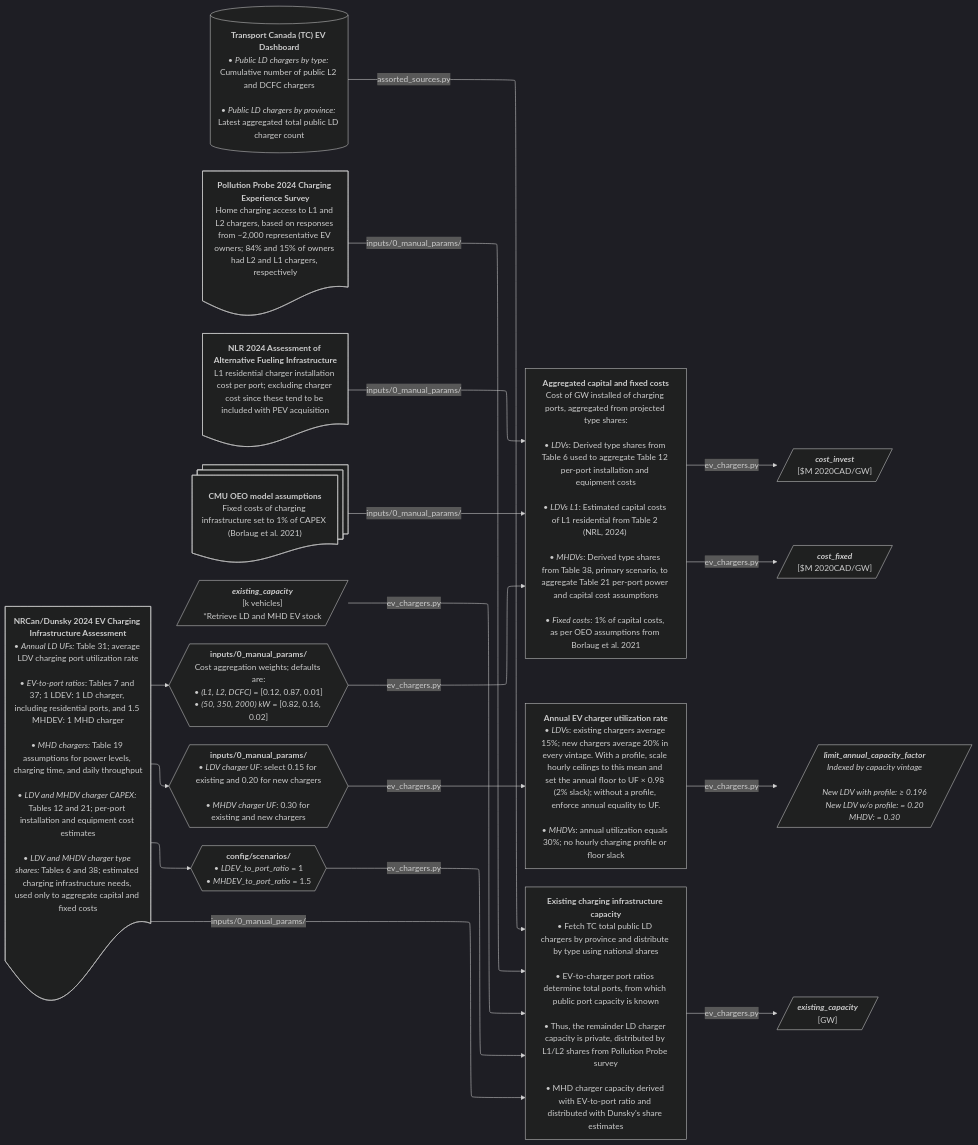
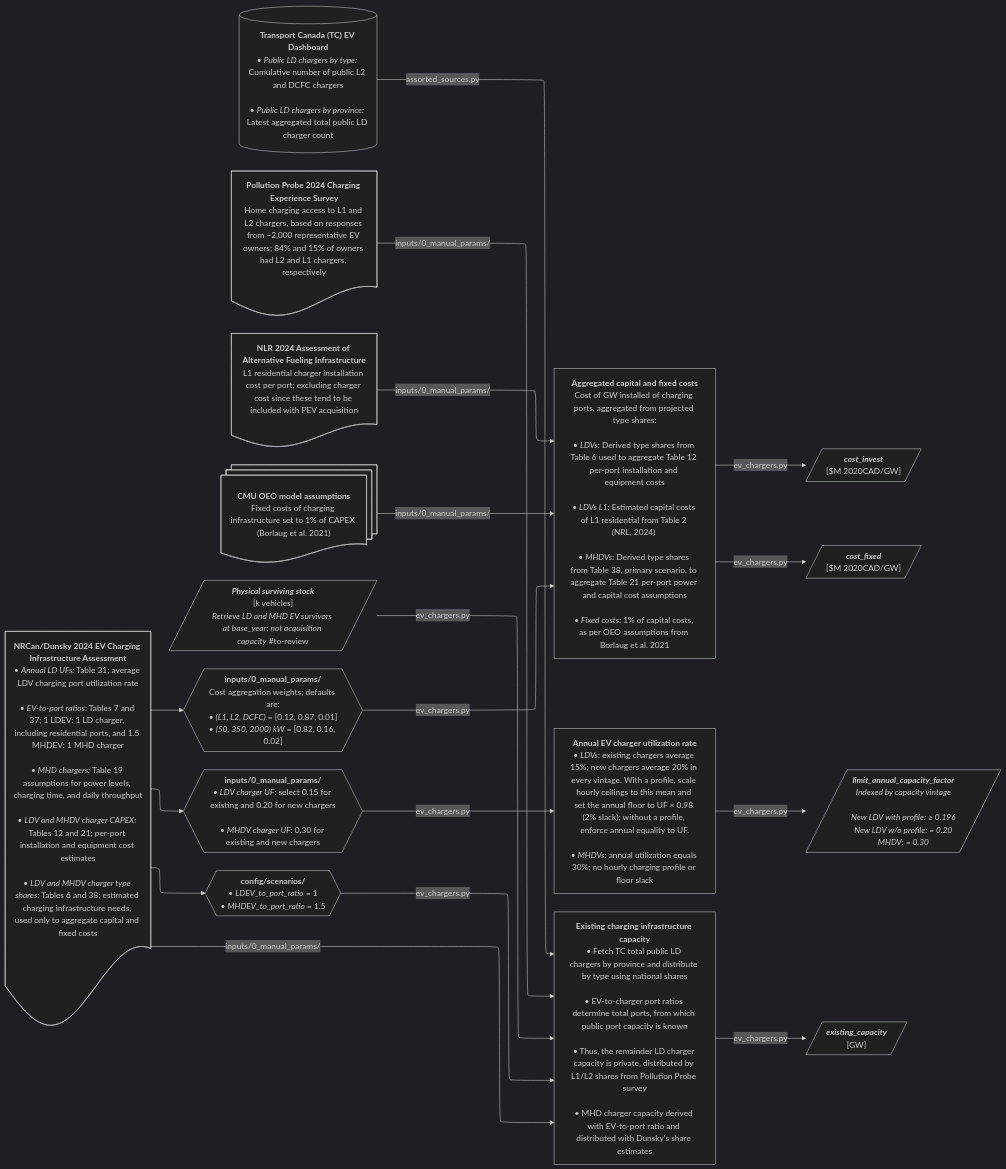
Before and after one commit to CANOE-main/canoe-transportation: the tenth of 12 diagrams in docs/etl_flowcharts.md, drawn with Mermaid (dark theme). The commit also changed other lines of this file and 198 other files, not shown here.

```diff
--- a/docs/etl_flowcharts.md
+++ b/docs/etl_flowcharts.md
@@ -893,9 +913,9 @@
     L1 residential charger installation cost per port; excluding charger cost since these tend to be included with PEV acquisition"}
   s5@{shape: docs, label: "**CMU OEO model assumptions**
       Fixed costs of charging infrastructure set to 1% of CAPEX (Borlaug et al. 2021)"}
-  oi[/"`***existing_capacity***
+  oi[/"`***Physical surviving stock***
     [k vehicles]
-    *Retrieve LD and MHD EV stock`"/]  
+    *Retrieve LD and MHD EV survivors at base_year; not acquisition capacity* #to-review`"/]
 
   %% ############ Processes ###########
   p0["`**Aggregated capital and fixed costs**
```
